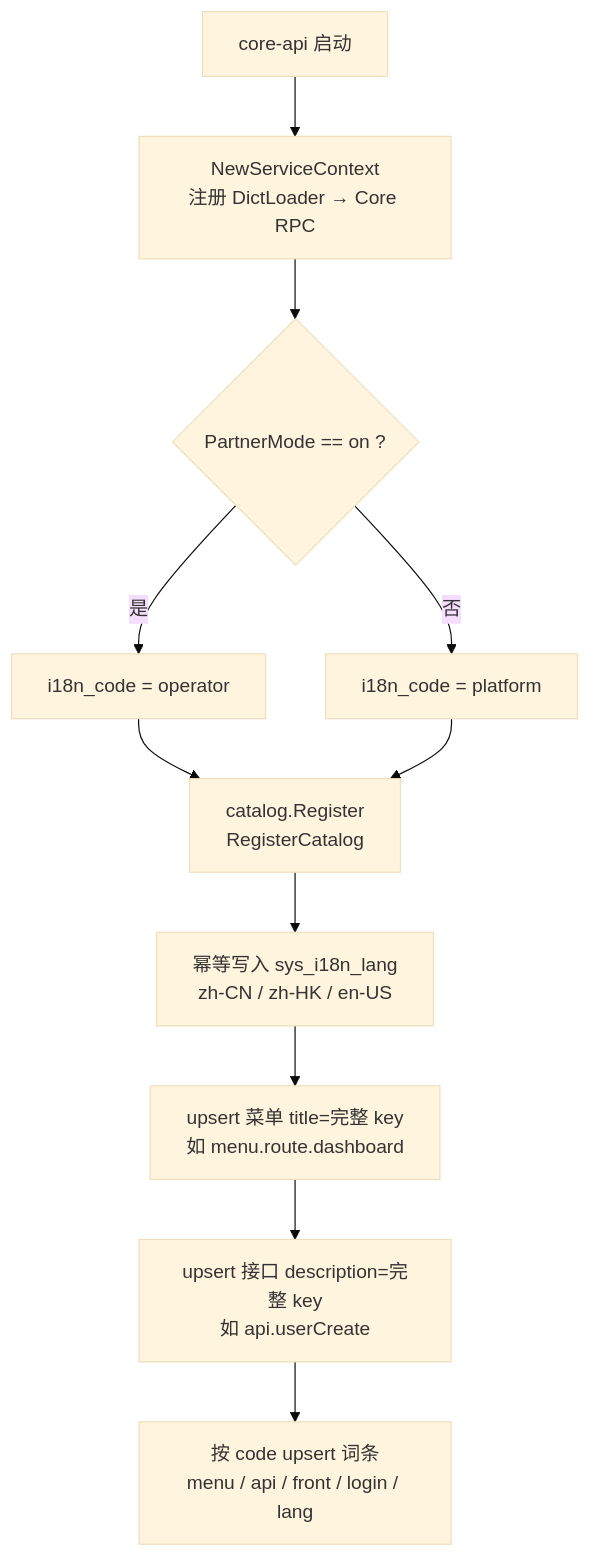
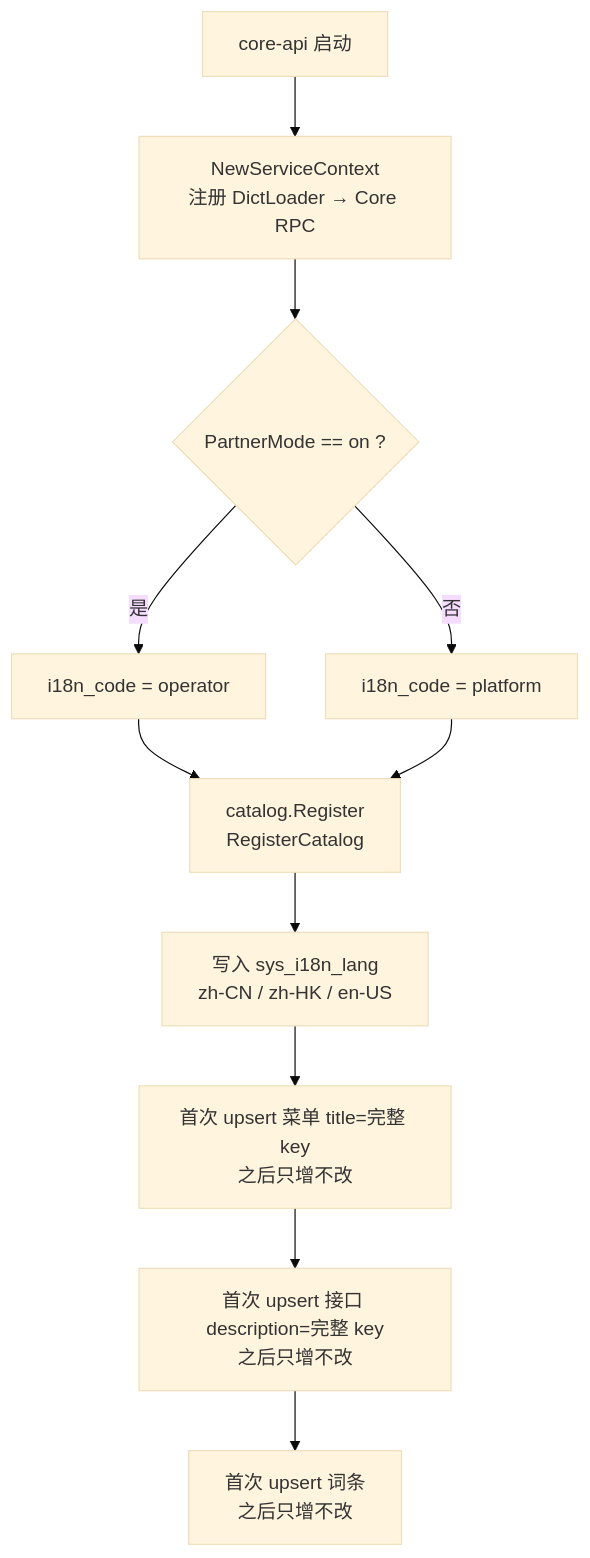
The second of 7 diagrams in core-demo/docs/i18n.md (ns9ryan/p9_demo), drawn with Mermaid (base theme) before and after one commit. The commit also changed 182 other files, not shown here.

````diff
--- a/core-demo/docs/i18n.md
+++ b/core-demo/docs/i18n.md
@@ -61,18 +61,18 @@
 ```mermaid
 flowchart TB
   Start["core-api 启动"]
   Ctx["NewServiceContext<br/>注册 DictLoader → Core RPC"]
   Mode{"PartnerMode == on ?"}
   Op["i18n_code = operator"]
   Pf["i18n_code = platform"]
   Cat["catalog.Register<br/>RegisterCatalog"]
-  Lang["幂等写入 sys_i18n_lang<br/>zh-CN / zh-HK / en-US"]
-  Menu["upsert 菜单 title=完整 key<br/>如 menu.route.dashboard"]
-  Api["upsert 接口 description=完整 key<br/>如 api.userCreate"]
-  I18n["按 code upsert 词条<br/>menu / api / front / login / lang"]
+  Lang["写入 sys_i18n_lang<br/>zh-CN / zh-HK / en-US"]
+  Menu["首次 upsert 菜单 title=完整 key<br/>之后只增不改"]
+  Api["首次 upsert 接口 description=完整 key<br/>之后只增不改"]
+  I18n["首次 upsert 词条<br/>之后只增不改"]
 
   Start --> Ctx --> Mode
   Mode -->|是| Op --> Cat
   Mode -->|否| Pf --> Cat
   Cat --> Lang --> Menu --> Api --> I18n
 ```
````
